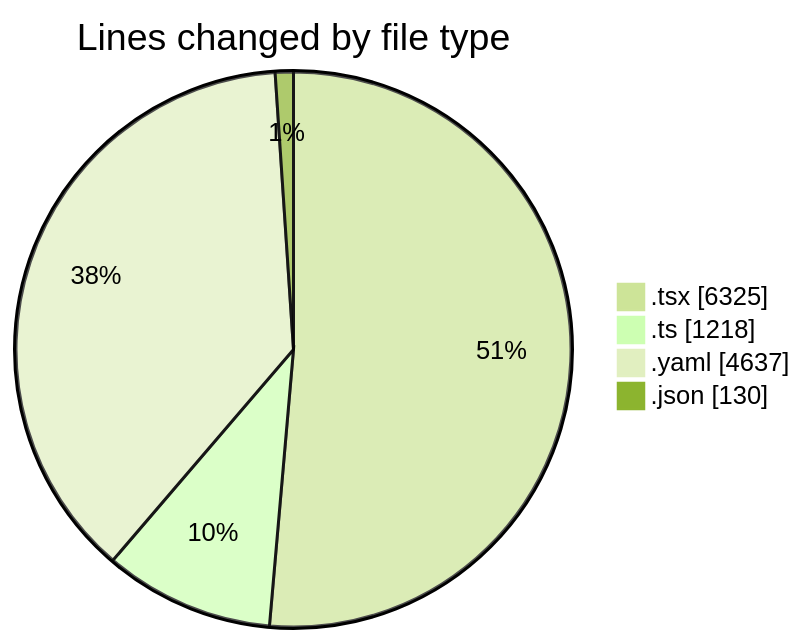
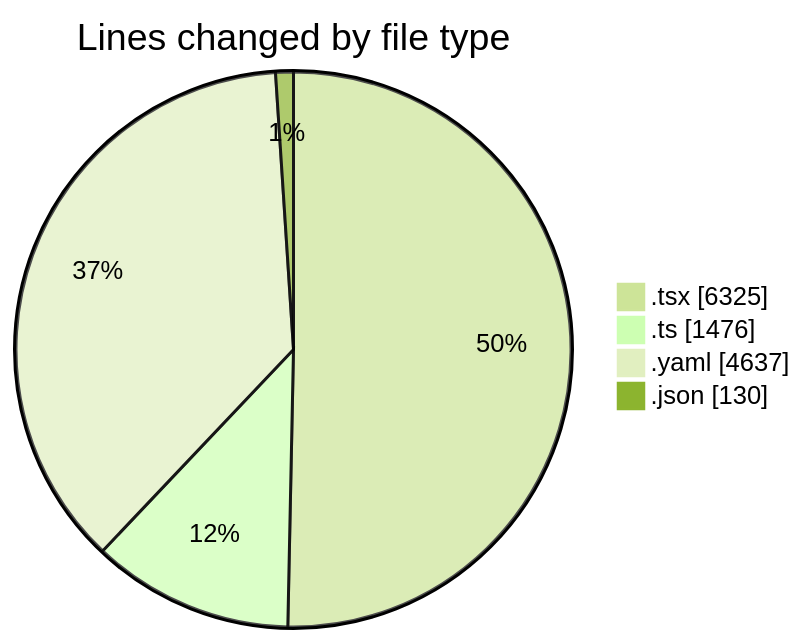
The first of 2 diagrams in 2025-10-13/eventscop-frontend-guide__workspace_/README.md (julien-gomy/code-tracking), drawn with Mermaid (forest theme) before and after one commit. The commit also changed other lines of this file and 1 other file, not shown here.

````diff
--- a/2025-10-13/eventscop-frontend-guide__workspace_/README.md
+++ b/2025-10-13/eventscop-frontend-guide__workspace_/README.md
@@ -56,8 +57,8 @@
 ```mermaid
 pie showData
 title Lines changed by file type
 ".tsx" : 6325
-".ts" : 1218
+".ts" : 1476
 ".yaml" : 4637
 ".json" : 130
 ```
````
